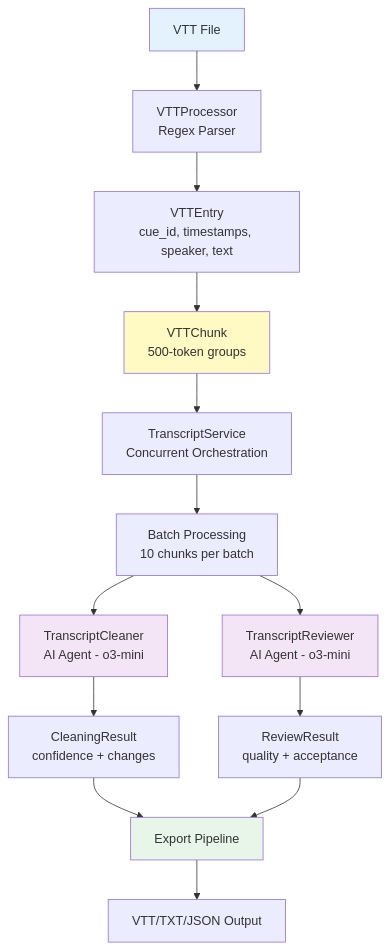
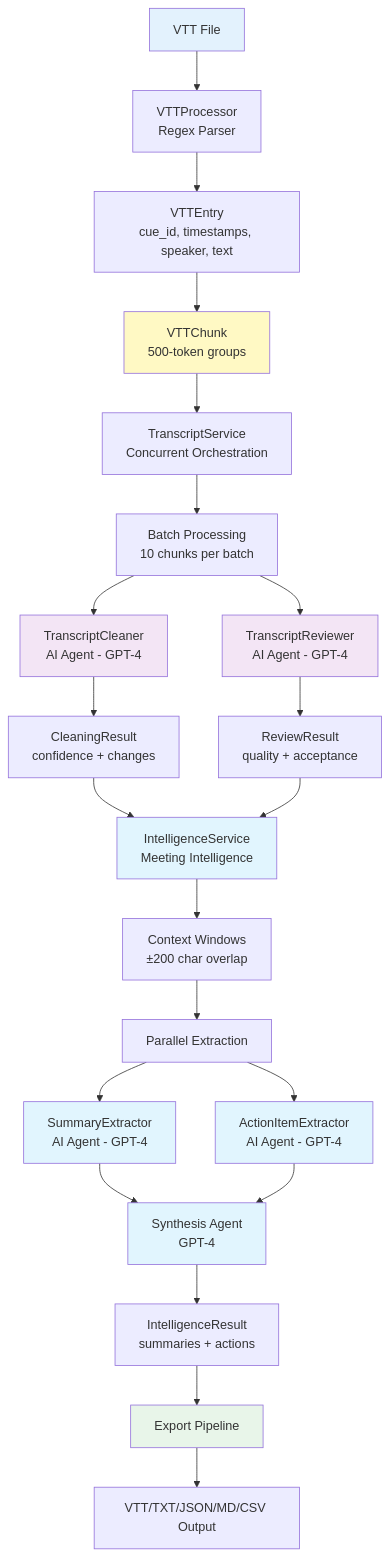
One commit to denim-bluu/meeting_transcripts_cleaner changed the first of 3 diagrams in README.md. Above: the diagram before and after it, drawn with Mermaid. The commit also changed other lines of this file and 7 other files, not shown here.

First line of the commit message:
feat: Add meeting intelligence extraction with summaries and action items

````diff
--- a/README.md
+++ b/README.md
@@ -22,25 +23,40 @@
 ```mermaid
 graph TB
     A[VTT File] --> B[VTTProcessor<br/>Regex Parser]
     B --> C[VTTEntry<br/>cue_id, timestamps, speaker, text]
     C --> D[VTTChunk<br/>500-token groups]
     
     D --> E[TranscriptService<br/>Concurrent Orchestration]
     E --> F[Batch Processing<br/>10 chunks per batch]
     
-    F --> G[TranscriptCleaner<br/>AI Agent - o3-mini]
-    F --> H[TranscriptReviewer<br/>AI Agent - o3-mini]
+    F --> G[TranscriptCleaner<br/>AI Agent - GPT-4]
+    F --> H[TranscriptReviewer<br/>AI Agent - GPT-4]
     
     G --> I[CleaningResult<br/>confidence + changes]
     H --> J[ReviewResult<br/>quality + acceptance]
     
-    I --> K[Export Pipeline]
-    J --> K
-    K --> L[VTT/TXT/JSON Output]
+    I --> M[IntelligenceService<br/>Meeting Intelligence]
+    J --> M
+    
+    M --> N[Context Windows<br/>±200 char overlap]
+    N --> O[Parallel Extraction]
+    O --> P[SummaryExtractor<br/>AI Agent - GPT-4]
+    O --> Q[ActionItemExtractor<br/>AI Agent - GPT-4]
+    
+    P --> R[Synthesis Agent<br/>GPT-4]
+    Q --> R
+    
+    R --> S[IntelligenceResult<br/>summaries + actions]
+    S --> T[Export Pipeline]
+    T --> U[VTT/TXT/JSON/MD/CSV Output]
 
     style A fill:#e3f2fd
     style D fill:#fff9c4
     style G fill:#f3e5f5
     style H fill:#f3e5f5
-    style K fill:#e8f5e9
+    style M fill:#e1f5fe
+    style P fill:#e1f5fe
+    style Q fill:#e1f5fe
+    style R fill:#e1f5fe
+    style T fill:#e8f5e9
 ```
````
